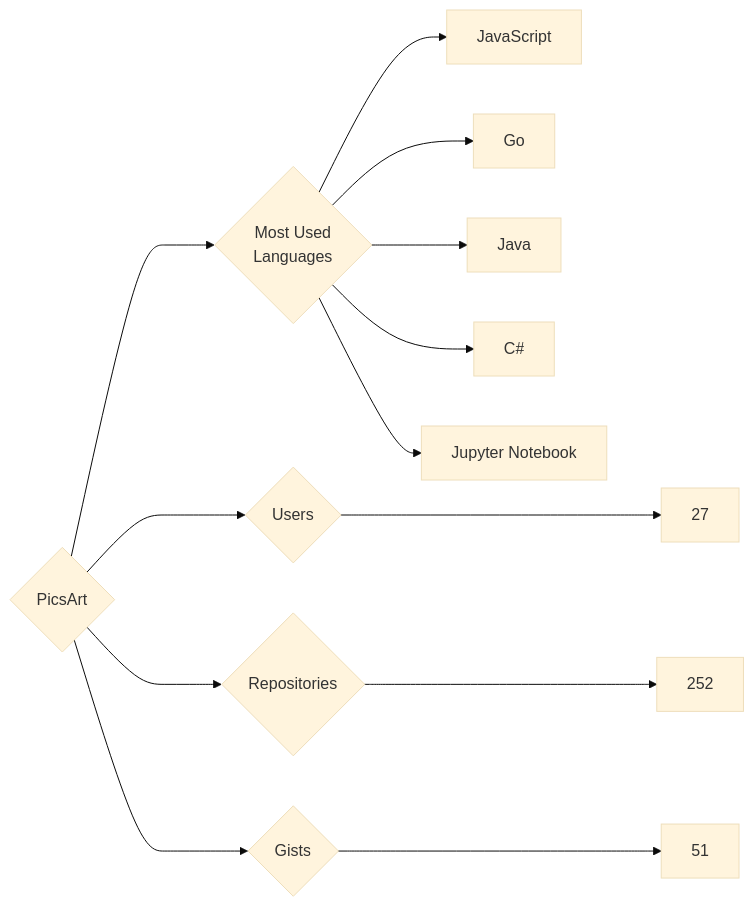
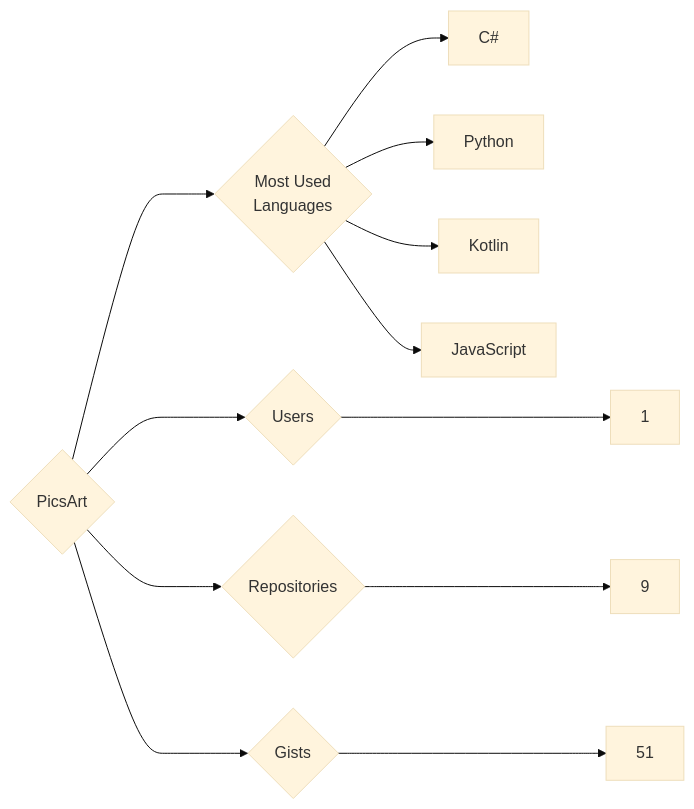
One commit to trickest/insiders changed the diagram in targets/PicsArt/README.md. Above: the diagram before and after it, drawn with Mermaid (base theme). The commit also changed 725 other files, not shown here.

````diff
--- a/targets/PicsArt/README.md
+++ b/targets/PicsArt/README.md
@@ -3,13 +3,12 @@
 ```mermaid
 graph LR
 COMPANY_NAME{PicsArt}
-COMPANY_NAME ---> U{Users} ---> UN[27]
-COMPANY_NAME ---> R{Repositories} ---> RN[252]
+COMPANY_NAME ---> U{Users} ---> UN[1]
+COMPANY_NAME ---> R{Repositories} ---> RN[9]
 COMPANY_NAME ---> G{Gists} ---> GN[51]
 COMPANY_NAME ---> ML{Most Used<br>Languages}
+ML --> C#[C#]
+ML --> Python[Python]
+ML --> Kotlin[Kotlin]
 ML --> JavaScript[JavaScript]
-ML --> Go[Go]
-ML --> Java[Java]
-ML --> C#[C#]
-ML --> Jupyter_Notebook[Jupyter Notebook]
 ```
````
